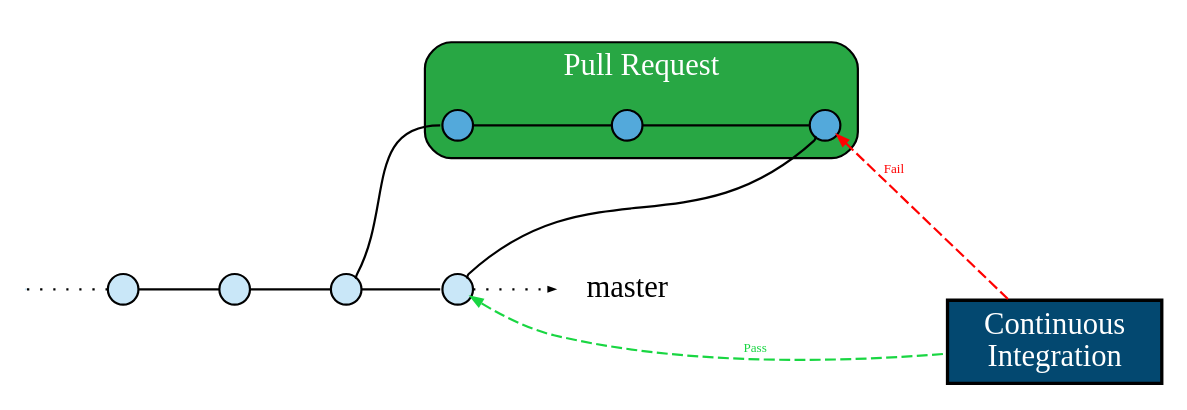
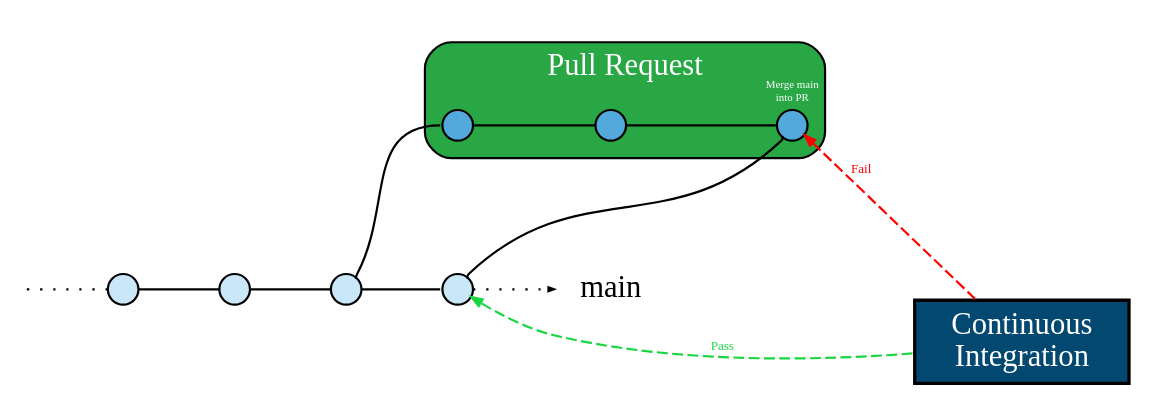
The diagram in docs/source/actions/strict-mode-rebase-ci-fail.dot (Mergifyio/mergify), drawn with Graphviz before and after one commit. The commit also changed 11 other files, not shown here.

```diff
--- a/docs/source/actions/strict-mode-rebase-ci-fail.dot
+++ b/docs/source/actions/strict-mode-rebase-ci-fail.dot
@@ -1,66 +1,66 @@
 strict digraph g {
     rankdir="LR";
     forcelabels=false;
     newrank=false;
     splines=true;
 
     // general
     node [style=filled, color="black", fontcolor="black"];
     edge [color="black", arrowhead=none];
 
     // graph
     node [width=0.2, height=0.2, fixedsize=true, label="", shape=circle, fillcolor="#FF0000"]
     subgraph pr {
         subgraph cluster_pr {
             subgraph {
                 rank=same;
                 pr11 [group="pr", fillcolor="#53A9DB"];
             }
             label="Pull Request";
             style="rounded,filled";
             fillcolor="#28A744";
             fontcolor="white";
-            prm [group="pr", fillcolor="#53A9DB"];
+            prm [group="pr", fillcolor="#53A9DB", label="Merge main\ninto PR\n\n\n\n\n\n", fontcolor=white, fontsize="5pt"];
             pr12 [group="pr", fillcolor="#53A9DB"];
             pr11 -> pr12;
             pr12 -> prm;
         }
     }
 
 
-    subgraph master {
-        node [group="master", fillcolor="#C9E7F8"];
+    subgraph main {
+        node [group="main", fillcolor="#C9E7F8"];
         ms;
         m0;
         m1;
         m2;
         me;
 
         ms:e -> m0:w [style=dotted, arrowhead=none ];
         m0:e -> m1:w;
         m1:e -> m2:w;
         m2:e -> m2bis:w;
         m2bis:e -> me:w [style=dotted,  arrowhead=normal, arrowsize=0.25];
     }
 
     subgraph {
         rank=min;
         ms [width=0, height=0, penwidth=0];
     }
 
     subgraph {
         rank=sink;
-        me [label="master", shape=none, fixedsize=false, fillcolor=none, fontcolor=black];
+        me [label="main", shape=none, fixedsize=false, fillcolor=none, fontcolor=black];
     }
 
     m2:ne -> pr11:w;
     m2bis:ne -> prm:sw;
 
     subgraph ci {
         // CI connections
         ci [label="Continuous\nIntegration", fixedsize=false, shape="box", style="filled", fillcolor="#034870", fontcolor=white, penwidth=1.5]
         edge [arrowhead=none, style=dashed, arrowsize=0.5, arrowtail=normal, color="#19d642", dir=both, penwidth=1, label="Pass", fontcolor="#19d642", fontsize="6pt"];
         prm -> ci [label="Fail", color="red", fontcolor="red"];
         m2bis -> ci [label="Pass"];
     }
 }
```
